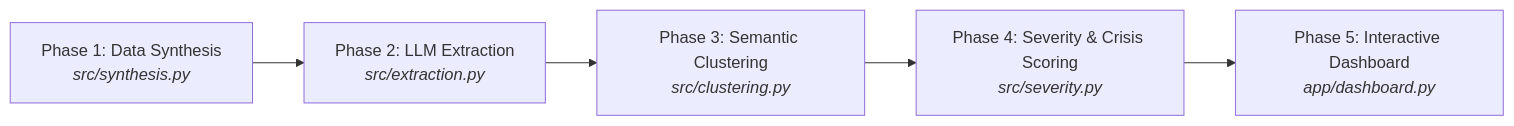
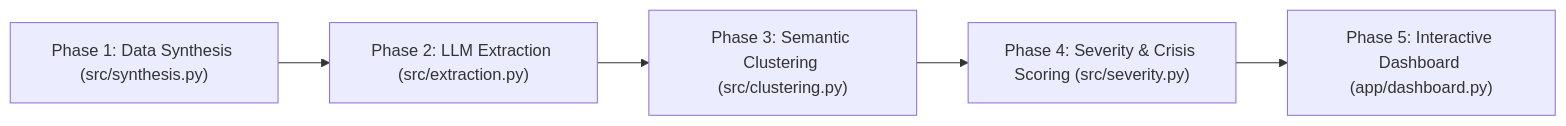
The diagram in README.md (aryann13/Transit-pulse), drawn with Mermaid before and after one commit.

Commit message:
fix: remove HTML tags from Mermaid diagram for GitHub compatibility

````diff
--- a/README.md
+++ b/README.md
@@ -15,7 +15,7 @@
 ```mermaid
 flowchart LR
-    A[Phase 1: Data Synthesis<br/><i>src/synthesis.py</i>] --> B[Phase 2: LLM Extraction<br/><i>src/extraction.py</i>]
-    B --> C[Phase 3: Semantic Clustering<br/><i>src/clustering.py</i>]
-    C --> D[Phase 4: Severity & Crisis Scoring<br/><i>src/severity.py</i>]
-    D --> E[Phase 5: Interactive Dashboard<br/><i>app/dashboard.py</i>]
+    A["Phase 1: Data Synthesis (src/synthesis.py)"] --> B["Phase 2: LLM Extraction (src/extraction.py)"]
+    B --> C["Phase 3: Semantic Clustering (src/clustering.py)"]
+    C --> D["Phase 4: Severity & Crisis Scoring (src/severity.py)"]
+    D --> E["Phase 5: Interactive Dashboard (app/dashboard.py)"]
 ```
````
